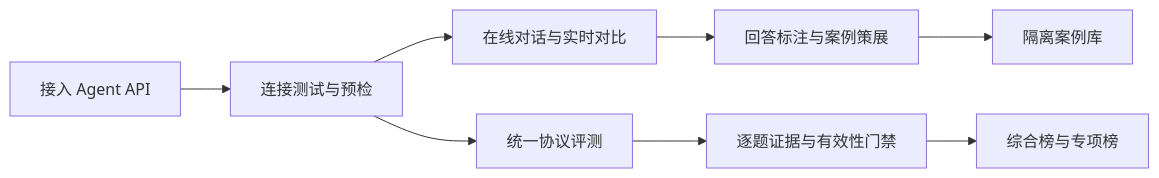
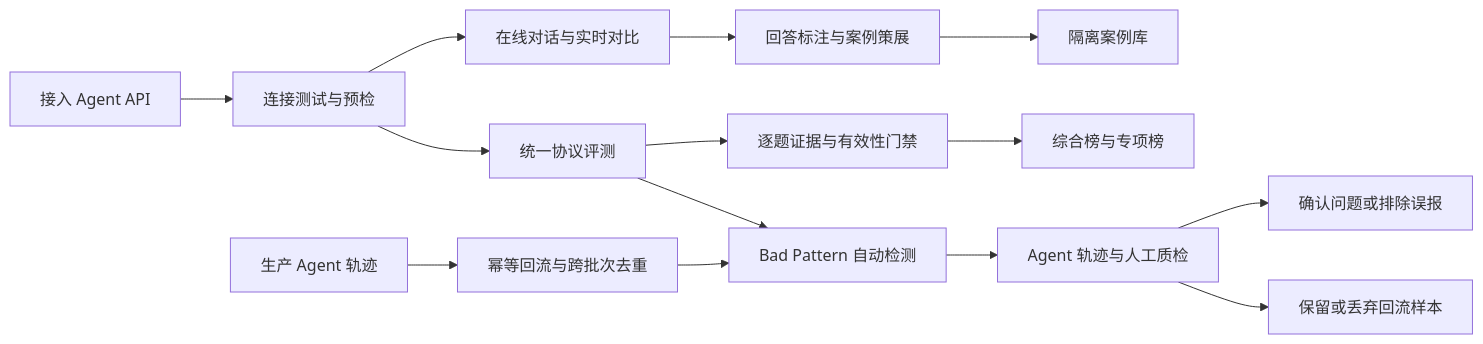
The diagram in README.md (whitejettglenndesmond610-alt/Agent-Bench), drawn with Mermaid before and after one commit. The commit also changed other lines of this file and 29 other files, not shown here.

````diff
--- a/README.md
+++ b/README.md
@@ -47,10 +47,16 @@
 ```mermaid
 flowchart LR
     A[接入 Agent API] --> B[连接测试与预检]
     B --> C[在线对话与实时对比]
     B --> D[统一协议评测]
     D --> E[逐题证据与有效性门禁]
     E --> F[综合榜与专项榜]
+    D --> I[Bad Pattern 自动检测]
+    I --> J[Agent 轨迹与人工质检]
+    J --> K[确认问题或排除误报]
+    L[生产 Agent 轨迹] --> M[幂等回流与跨批次去重]
+    M --> I
+    J --> N[保留或丢弃回流样本]
     C --> G[回答标注与案例策展]
     G --> H[隔离案例库]
 ```
````
